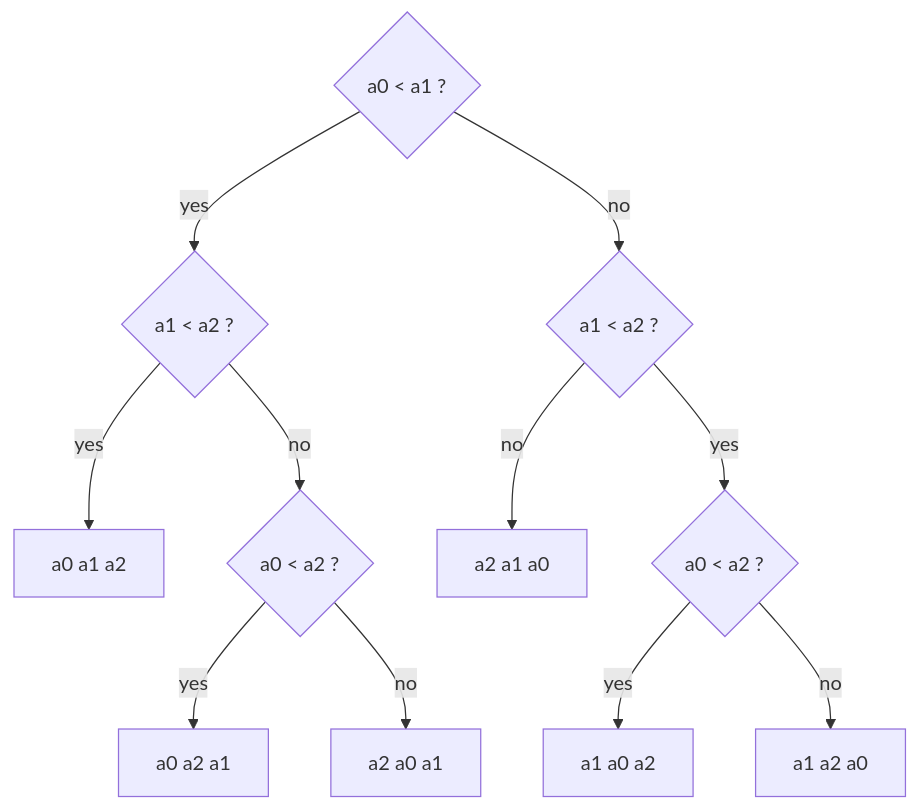
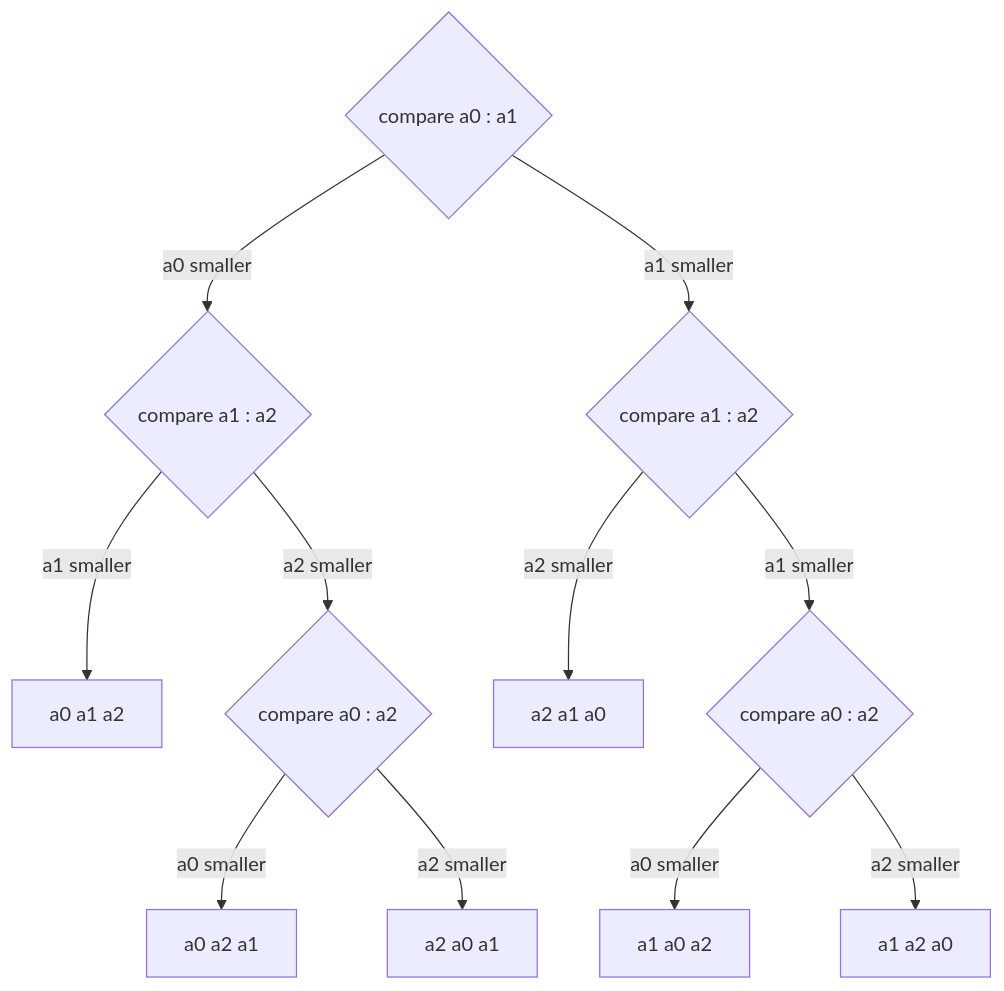
One commit to dongzhaohe321418-lab/programming-handbook changed the diagram in docs/ch38-linear-sorting/01-lower-bound.md. Above: the diagram before and after it, drawn with Mermaid. The commit also changed other lines of this file and 11 other files, not shown here.

First line of the commit message:
Add Chapter 28 (tools, schemas, and MCP)

````diff
--- a/docs/ch38-linear-sorting/01-lower-bound.md
+++ b/docs/ch38-linear-sorting/01-lower-bound.md
@@ -69,14 +69,14 @@
 ```mermaid
 graph TD
-    Q1{"a0 &lt; a1 ?"}
-    Q1 -->|yes| Q2{"a1 &lt; a2 ?"}
-    Q1 -->|no| Q3{"a1 &lt; a2 ?"}
-    Q2 -->|yes| L1["a0 a1 a2"]
-    Q2 -->|no| Q4{"a0 &lt; a2 ?"}
-    Q4 -->|yes| L2["a0 a2 a1"]
-    Q4 -->|no| L3["a2 a0 a1"]
-    Q3 -->|no| L4["a2 a1 a0"]
-    Q3 -->|yes| Q5{"a0 &lt; a2 ?"}
-    Q5 -->|yes| L5["a1 a0 a2"]
-    Q5 -->|no| L6["a1 a2 a0"]
+    Q1{"compare a0 : a1"}
+    Q1 -->|a0 smaller| Q2{"compare a1 : a2"}
+    Q1 -->|a1 smaller| Q3{"compare a1 : a2"}
+    Q2 -->|a1 smaller| L1["a0 a1 a2"]
+    Q2 -->|a2 smaller| Q4{"compare a0 : a2"}
+    Q4 -->|a0 smaller| L2["a0 a2 a1"]
+    Q4 -->|a2 smaller| L3["a2 a0 a1"]
+    Q3 -->|a2 smaller| L4["a2 a1 a0"]
+    Q3 -->|a1 smaller| Q5{"compare a0 : a2"}
+    Q5 -->|a0 smaller| L5["a1 a0 a2"]
+    Q5 -->|a2 smaller| L6["a1 a2 a0"]
 ```
````
